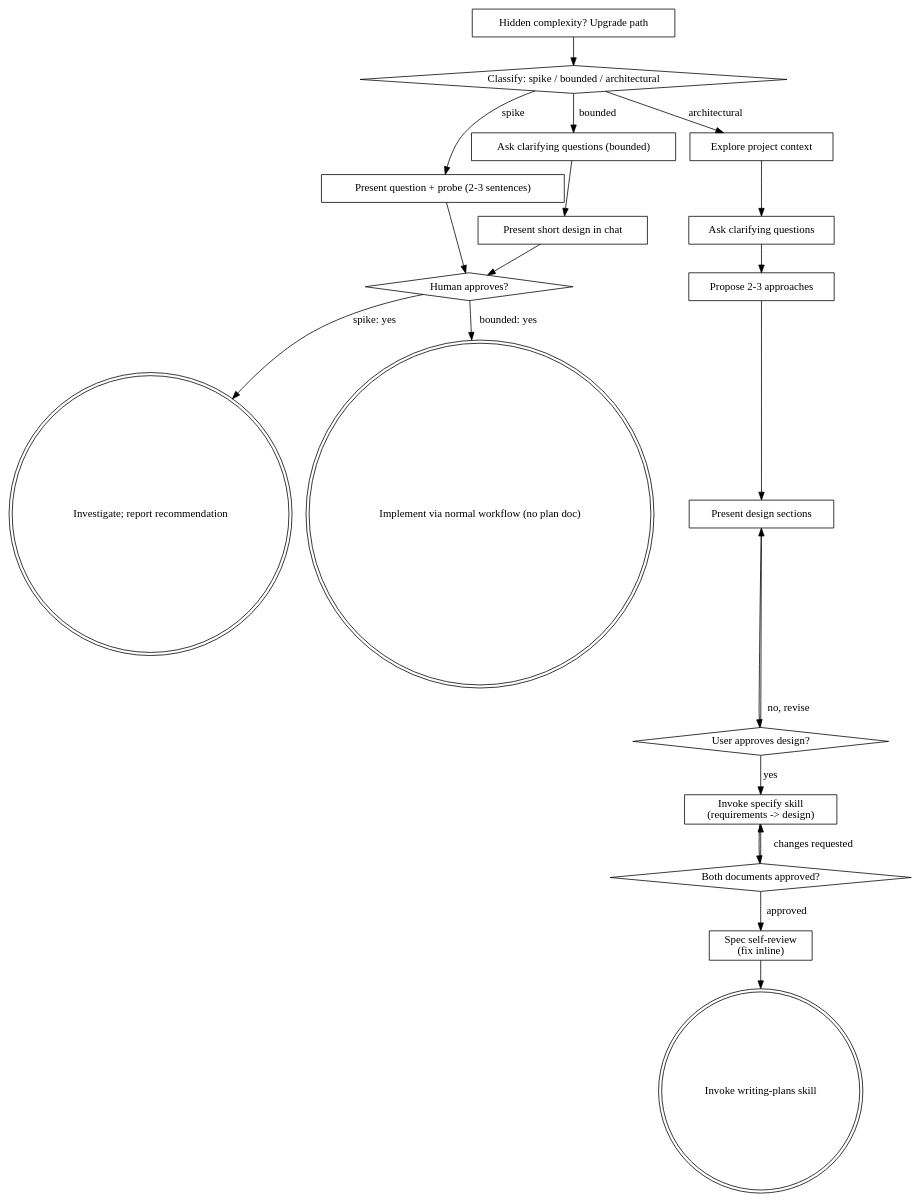
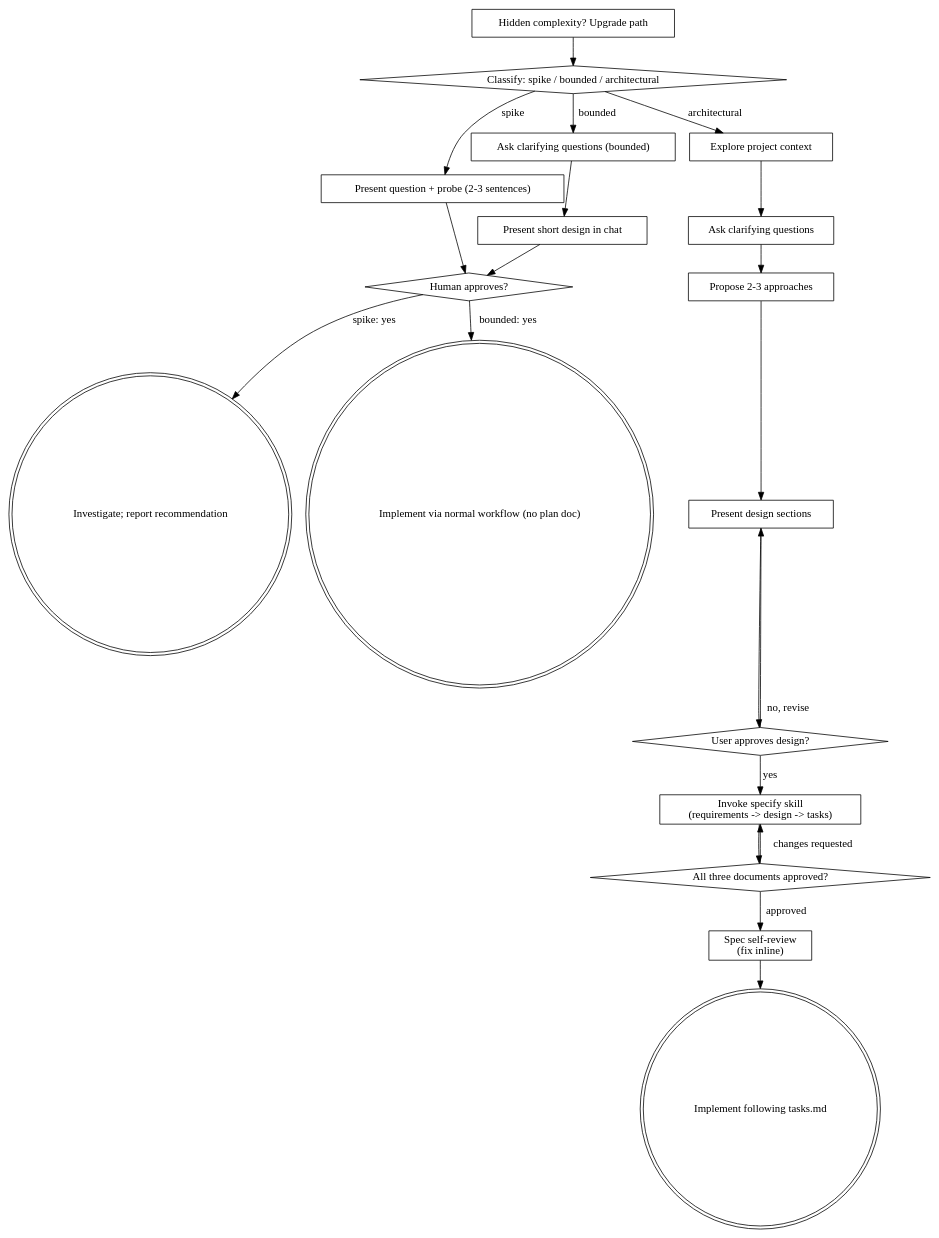
Before and after one commit to juandaarrr/proyecto-ps-Lizbany: the diagram in .claude/skills/brainstorming/SKILL.md, drawn with Graphviz. The commit also changed other lines of this file and 1 other file, not shown here.

First line of the commit message:
Quita writing-plans de la cadena: tasks.md es el plan de implementacion

````diff
--- a/.claude/skills/brainstorming/SKILL.md
+++ b/.claude/skills/brainstorming/SKILL.md
@@ -145,41 +145,41 @@
 ```dot
 digraph brainstorming {
     "Classify: spike / bounded / architectural" [shape=diamond];
     "Present question + probe (2-3 sentences)" [shape=box];
     "Ask clarifying questions (bounded)" [shape=box];
     "Present short design in chat" [shape=box];
     "Human approves?" [shape=diamond];
     "Investigate; report recommendation" [shape=doublecircle];
     "Implement via normal workflow (no plan doc)" [shape=doublecircle];
     "Explore project context" [shape=box];
     "Ask clarifying questions" [shape=box];
     "Propose 2-3 approaches" [shape=box];
     "Present design sections" [shape=box];
     "User approves design?" [shape=diamond];
-    "Invoke specify skill\n(requirements -> design)" [shape=box];
+    "Invoke specify skill\n(requirements -> design -> tasks)" [shape=box];
     "Spec self-review\n(fix inline)" [shape=box];
-    "Both documents approved?" [shape=diamond];
-    "Invoke writing-plans skill" [shape=doublecircle];
+    "All three documents approved?" [shape=diamond];
+    "Implement following tasks.md" [shape=doublecircle];
     "Hidden complexity? Upgrade path" [shape=box];
 
     "Classify: spike / bounded / architectural" -> "Present question + probe (2-3 sentences)" [label="spike"];
     "Classify: spike / bounded / architectural" -> "Ask clarifying questions (bounded)" [label="bounded"];
     "Classify: spike / bounded / architectural" -> "Explore project context" [label="architectural"];
     "Present question + probe (2-3 sentences)" -> "Human approves?";
     "Ask clarifying questions (bounded)" -> "Present short design in chat";
     "Present short design in chat" -> "Human approves?";
     "Human approves?" -> "Investigate; report recommendation" [label="spike: yes"];
     "Human approves?" -> "Implement via normal workflow (no plan doc)" [label="bounded: yes"];
     "Hidden complexity? Upgrade path" -> "Classify: spike / bounded / architectural";
     "Explore project context" -> "Ask clarifying questions";
     "Ask clarifying questions" -> "Propose 2-3 approaches";
     "Propose 2-3 approaches" -> "Present design sections";
     "Present design sections" -> "User approves design?";
     "User approves design?" -> "Present design sections" [label="no, revise"];
-    "User approves design?" -> "Invoke specify skill\n(requirements -> design)" [label="yes"];
-    "Invoke specify skill\n(requirements -> design)" -> "Both documents approved?";
-    "Both documents approved?" -> "Invoke specify skill\n(requirements -> design)" [label="changes requested"];
-    "Both documents approved?" -> "Spec self-review\n(fix inline)" [label="approved"];
-    "Spec self-review\n(fix inline)" -> "Invoke writing-plans skill";
+    "User approves design?" -> "Invoke specify skill\n(requirements -> design -> tasks)" [label="yes"];
+    "Invoke specify skill\n(requirements -> design -> tasks)" -> "All three documents approved?";
+    "All three documents approved?" -> "Invoke specify skill\n(requirements -> design -> tasks)" [label="changes requested"];
+    "All three documents approved?" -> "Spec self-review\n(fix inline)" [label="approved"];
+    "Spec self-review\n(fix inline)" -> "Implement following tasks.md";
 }
 ```
````
